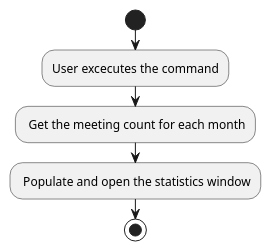
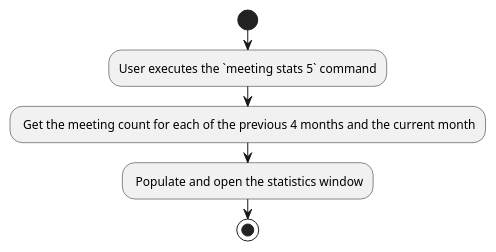
Before and after one commit to sebastiantoh/tp: the diagram in docs/diagrams/MeetingStatsActivityDiagram.puml, drawn with PlantUML. The commit also changed 1 other file, not shown here.

Commit message:
Edit Activity diagram

```diff
--- a/docs/diagrams/MeetingStatsActivityDiagram.puml
+++ b/docs/diagrams/MeetingStatsActivityDiagram.puml
@@ -1,13 +1,13 @@
 @startuml
 start
-:User excecutes the command;
+:User executes the `meeting stats 5` command;
 
 'Since the beta syntax does not support placing the condition outside the
 'diamond we place it as the true branch instead.
 
-: Get the meeting count for each month;
+: Get the meeting count for each of the previous 4 months and the current month;
 
 : Populate and open the statistics window;
 
 stop
 @enduml
```
